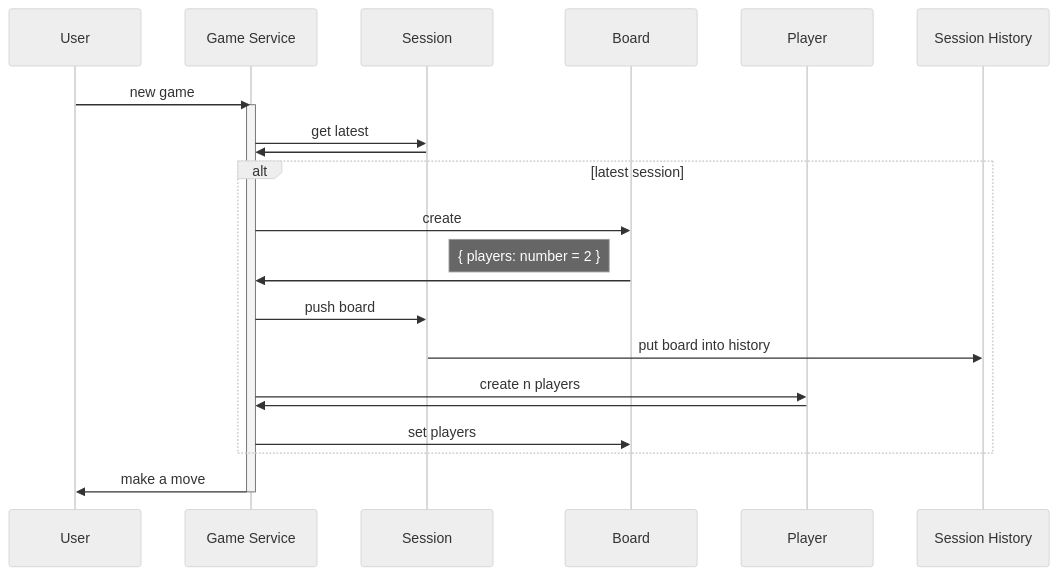
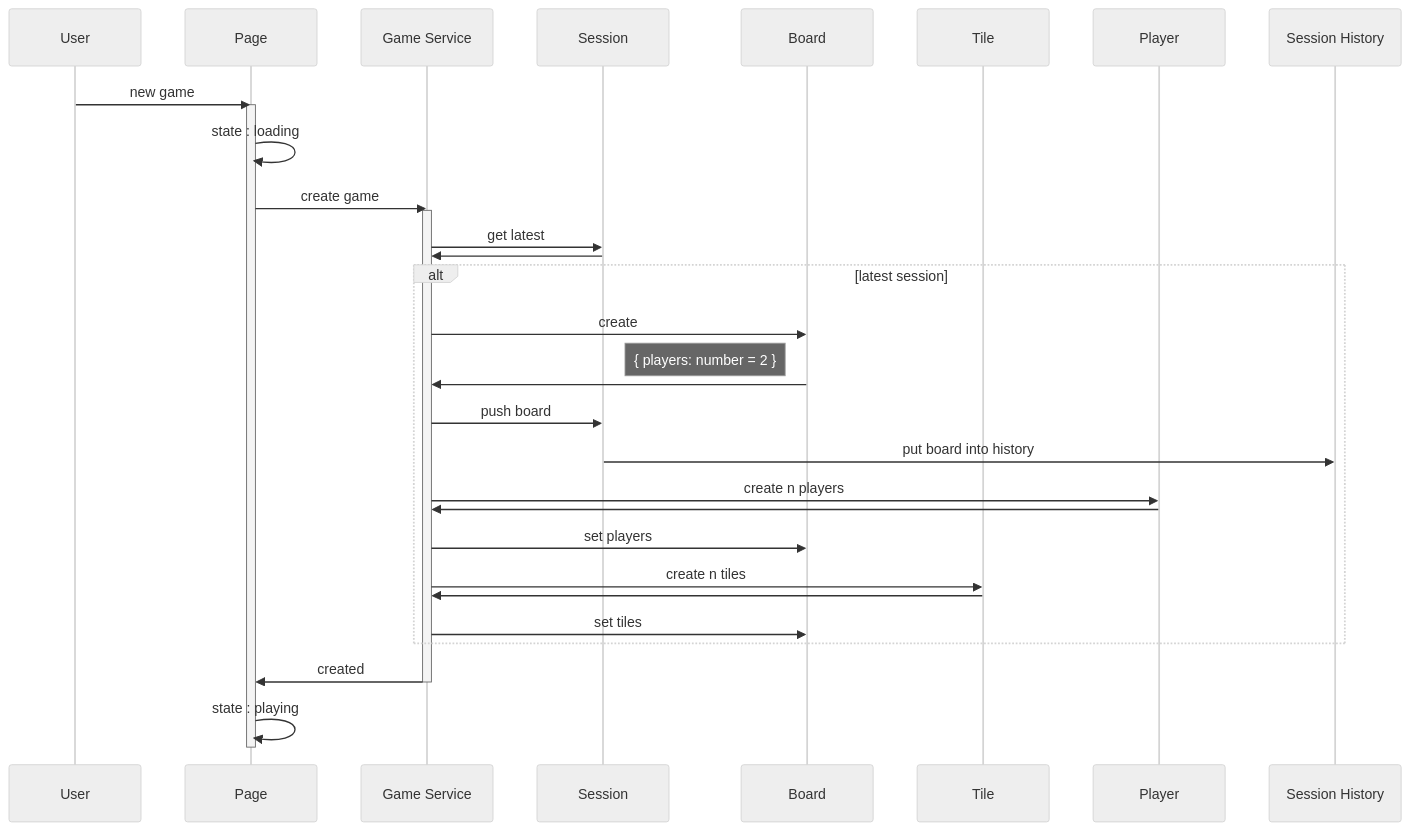
Before and after one commit to de-perotti/ember-tic-tac-toe: the second of 4 diagrams in README.md, drawn with Mermaid (neutral theme). The commit also changed other lines of this file, not shown here.

Commit message:
chore: testing building release

````diff
--- a/README.md
+++ b/README.md
@@ -114,28 +114,40 @@
 ```mermaid
 sequenceDiagram
 	participant user as User
+	participant page as Page
 	participant service as Game Service
 	participant session as Session
 	participant board as Board
+	participant tile as Tile
 	participant player as Player
 	participant session_history as Session History
 
-	user ->> service : new game
-	activate service
-		service ->> session : get latest
-		session ->> service : 
-		alt latest session
-			service ->> board : create
-			
-			Note left of board:  { players: number = 2 }
-			board ->> service : 
-			service ->> session : push board 
-			session ->> session_history: put board into history
-			service ->> player: create n players
-			player ->> service : 
-			service ->> board : set players
-			
-		end
-		service ->> user : make a move
-	deactivate service	
+	user ->> page : new game
+	activate page
+		page ->> page : state : loading
+		page ->> service : create game
+
+		activate service
+			service ->> session : get latest
+			session ->> service : 
+			alt latest session
+				service ->> board : create
+
+				Note left of board:  { players: number = 2 }
+				board ->> service : 
+				service ->> session : push board 
+				session ->> session_history: put board into history
+				service ->> player: create n players
+				player ->> service : 
+				service ->> board : set players
+				service ->> tile: create n tiles
+				tile ->> service : 
+				service ->> board : set tiles
+
+			end
+			service ->> page : created
+		deactivate service	
+
+		page ->> page : state : playing
+	deactivate page
 ```
````
